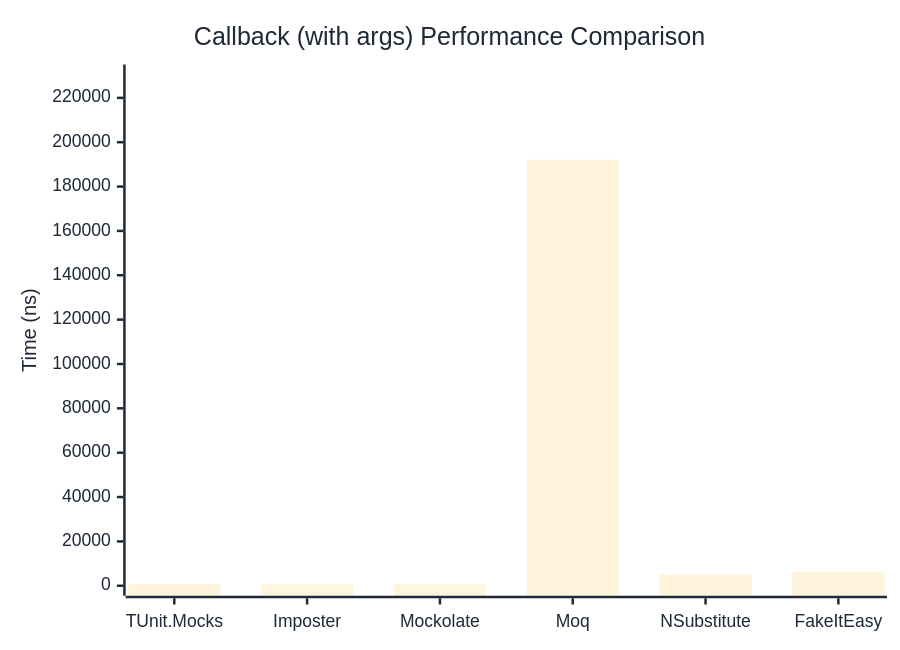
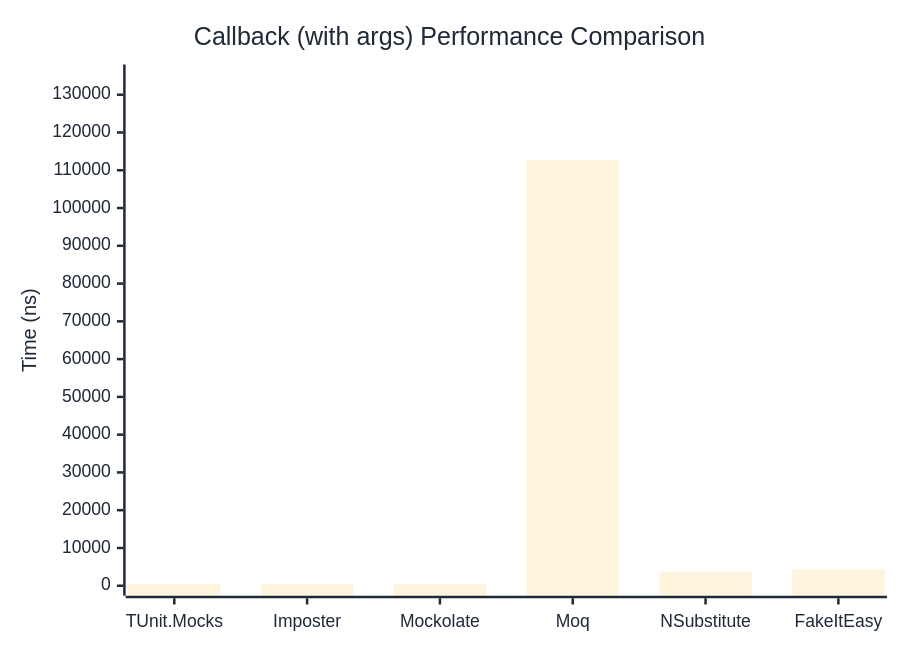
The second of 2 diagrams in docs/docs/benchmarks/mocks/Callback.md (weiyilai/TUnit), drawn with Mermaid before and after one commit. The commit also changed other lines of this file and 14 other files, not shown here.

````diff
--- a/docs/docs/benchmarks/mocks/Callback.md
+++ b/docs/docs/benchmarks/mocks/Callback.md
@@ -69,27 +69,27 @@
 ```mermaid
 %%{init: {
   'theme':'base',
   'themeVariables': {
     'primaryColor': '#2563eb',
     'primaryTextColor': '#1f2937',
     'primaryBorderColor': '#1e40af',
     'lineColor': '#6b7280',
     'secondaryColor': '#7c3aed',
     'tertiaryColor': '#dc2626',
     'background': '#ffffff',
     'pie1': '#2563eb',
     'pie2': '#7c3aed',
     'pie3': '#dc2626',
     'pie4': '#f59e0b',
     'pie5': '#10b981',
     'pie6': '#06b6d4',
     'pie7': '#ec4899',
     'pie8': '#6366f1'
   }
 }}%%
 xychart-beta
   title "Callback (with args) Performance Comparison"
   x-axis ["TUnit.Mocks", "Imposter", "Mockolate", "Moq", "NSubstitute", "FakeItEasy"]
-  y-axis "Time (ns)" 0 --> 230534
-  bar [694.9, 559.7, 556.2, 192111.4, 5116, 6300.7]
+  y-axis "Time (ns)" 0 --> 135351
+  bar [540.3, 427.9, 437.3, 112792.1, 3696.3, 4393.3]
 ```
````
